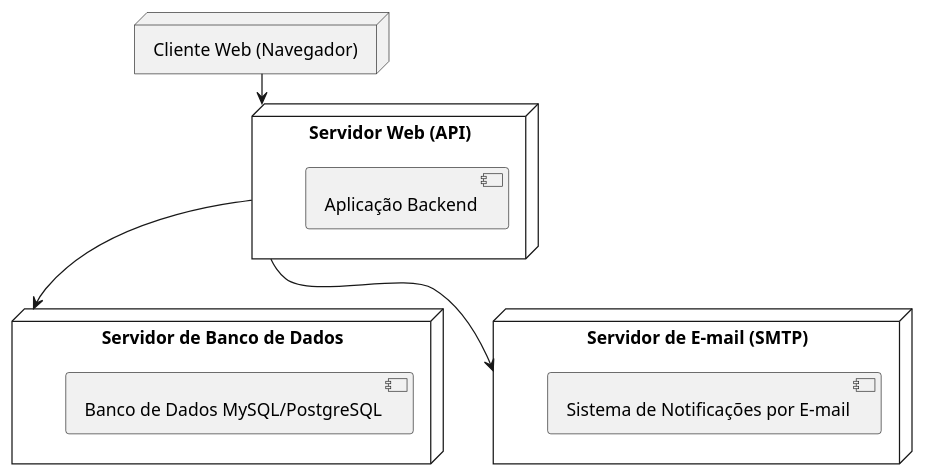
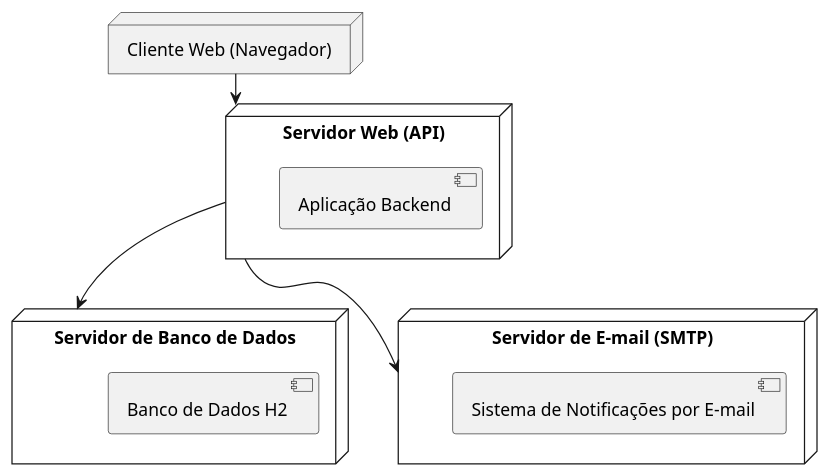
One commit to PedroRamos98/Sistema-de-Moeda-Estudantil changed the diagram in project/code/diagrama_implantacao.puml. Above: the diagram before and after it, drawn with PlantUML. The commit also changed 13 other files, not shown here.

```diff
--- a/project/code/diagrama_implantacao.puml
+++ b/project/code/diagrama_implantacao.puml
@@ -2,21 +2,21 @@
 @startuml
 node "Cliente Web (Navegador)" {
 }
 
 node "Servidor Web (API)" {
     [Aplicação Backend]
 }
 
 node "Servidor de Banco de Dados" {
-    [Banco de Dados MySQL/PostgreSQL]
+    [Banco de Dados H2]
 }
 
 node "Servidor de E-mail (SMTP)" {
     [Sistema de Notificações por E-mail]
 }
 
 "Cliente Web (Navegador)" --> "Servidor Web (API)"
 "Servidor Web (API)" --> "Servidor de Banco de Dados"
 "Servidor Web (API)" --> "Servidor de E-mail (SMTP)"
 
 @enduml
```
